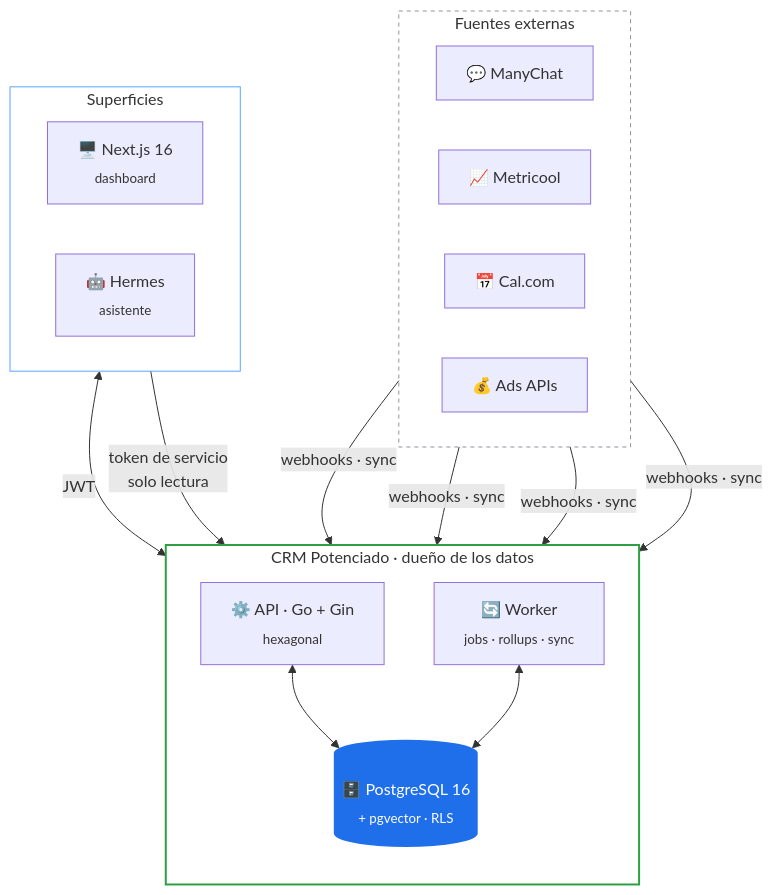
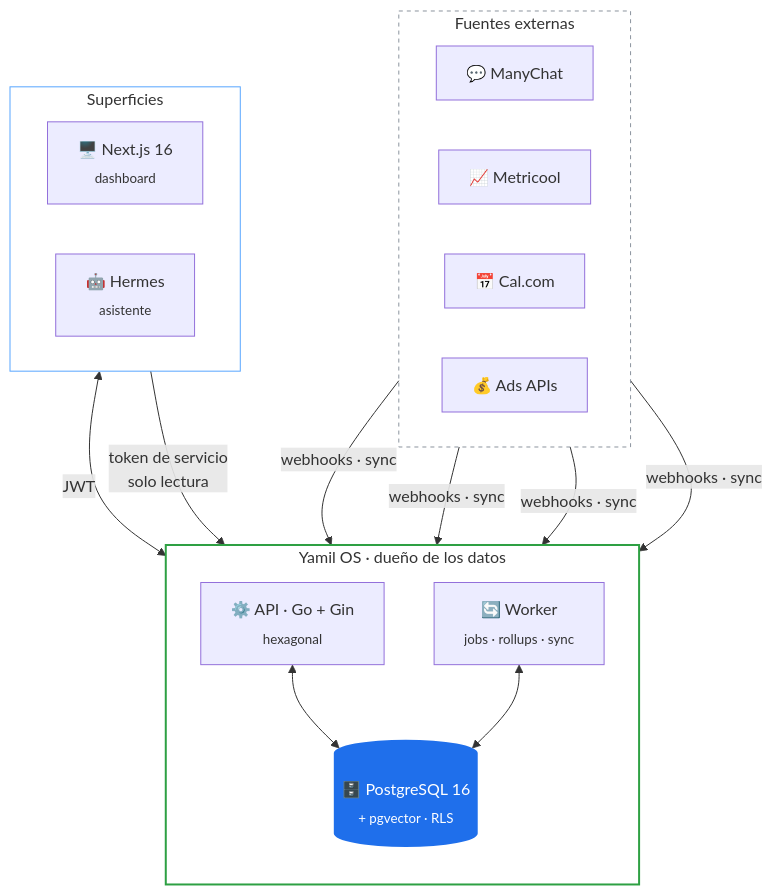
The second of 6 diagrams in README.md (sabathstoreco/crm-potenciado), drawn with Mermaid before and after one commit. The commit also changed other lines of this file and 5 other files, not shown here.

````diff
--- a/README.md
+++ b/README.md
@@ -69,34 +69,34 @@
 ```mermaid
 flowchart TB
     subgraph EXT["Fuentes externas"]
         direction LR
         MC["💬 ManyChat"]
         MT["📈 Metricool"]
         CAL["📅 Cal.com"]
         ADS["💰 Ads APIs"]
     end
 
-    subgraph CORE["CRM Potenciado · dueño de los datos"]
+    subgraph CORE["Yamil OS · dueño de los datos"]
         direction TB
         API["⚙️ API · Go + Gin<br/><sub>hexagonal</sub>"]
         WRK["🔄 Worker<br/><sub>jobs · rollups · sync</sub>"]
         DB[("🗄️ PostgreSQL 16<br/><sub>+ pgvector · RLS</sub>")]
         API <--> DB
         WRK <--> DB
     end
 
     subgraph FRONT["Superficies"]
         direction LR
         WEB["🖥️ Next.js 16<br/><sub>dashboard</sub>"]
         AI["🤖 Hermes<br/><sub>asistente</sub>"]
     end
 
     MC & MT & CAL & ADS -->|webhooks · sync| WRK
     WEB <-->|JWT| API
     AI -->|token de servicio<br/>solo lectura| API
 
     style CORE fill:none,stroke:#2ea043,stroke-width:2px
     style EXT fill:none,stroke:#8b949e,stroke-dasharray: 4 4
     style FRONT fill:none,stroke:#58a6ff
     style DB fill:#1f6feb,stroke:none,color:#fff
 ```
````
